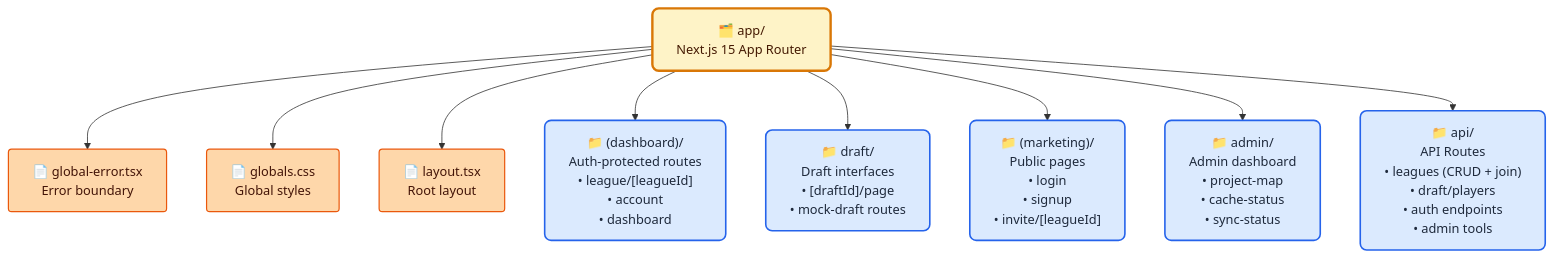
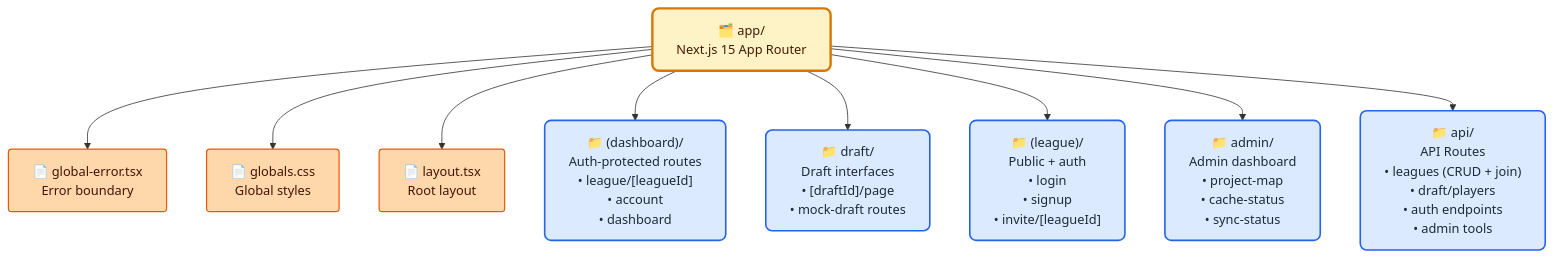
One commit to kpm34/college-football-fantasy-app changed the first of 2 diagrams in docs/diagrams/project-map/app.md. Above: the diagram before and after it, drawn with Mermaid. The commit also changed 14 other files, not shown here.

````diff
--- a/docs/diagrams/project-map/app.md
+++ b/docs/diagrams/project-map/app.md
@@ -3,49 +3,49 @@
 ```mermaid
 flowchart TB
   classDef folder fill:#dbeafe,stroke:#2563eb,stroke-width:2,color:#1e293b,rx:8,ry:8
   classDef file fill:#fed7aa,stroke:#ea580c,stroke-width:1.5,color:#431407,rx:4,ry:4
   classDef highlight fill:#fef3c7,stroke:#d97706,stroke-width:3,color:#451a03,rx:8,ry:8
   
   R["🗂️ app/<br/>Next.js 15 App Router"]
   class R highlight
   
   %% Root files
   global_error_tsx["📄 global-error.tsx<br/>Error boundary"]
   class global_error_tsx file
   R --> global_error_tsx
   
   globals_css["📄 globals.css<br/>Global styles"]
   class globals_css file
   R --> globals_css
   
   layout_tsx["📄 layout.tsx<br/>Root layout"]
   class layout_tsx file
   R --> layout_tsx
   
   %% Main route groups
   app_dashboard_["📁 (dashboard)/<br/>Auth-protected routes<br/>• league/[leagueId]<br/>• account<br/>• dashboard"]
   class app_dashboard_ folder
   R --> app_dashboard_
   click app_dashboard_ "/admin/project-map/app/dashboard" "Open dashboard routes"
   
   app_draft_["📁 draft/<br/>Draft interfaces<br/>• [draftId]/page<br/>• mock-draft routes"]
   class app_draft_ folder
   R --> app_draft_
   click app_draft_ "/admin/project-map/app/draft" "Open draft routes"
   
-  app_marketing_["📁 (marketing)/<br/>Public pages<br/>• login<br/>• signup<br/>• invite/[leagueId]"]
-  class app_marketing_ folder
-  R --> app_marketing_
-  click app_marketing_ "/admin/project-map/app/marketing" "Open marketing routes"
+  app_league_["📁 (league)/<br/>Public + auth<br/>• login<br/>• signup<br/>• invite/[leagueId]"]
+  class app_league_ folder
+  R --> app_league_
+  click app_league_ "/admin/project-map/app/league" "Open league routes"
   
   app_admin_["📁 admin/<br/>Admin dashboard<br/>• project-map<br/>• cache-status<br/>• sync-status"]
   class app_admin_ folder
   R --> app_admin_
   click app_admin_ "/admin/project-map/app/admin" "Open admin tools"
   
   app_api_["📁 api/<br/>API Routes<br/>• leagues (CRUD + join)<br/>• draft/players<br/>• auth endpoints<br/>• admin tools"]
   class app_api_ folder
   R --> app_api_
   click app_api_ "/admin/project-map/app/api" "Open API routes"
 
 ```
````
